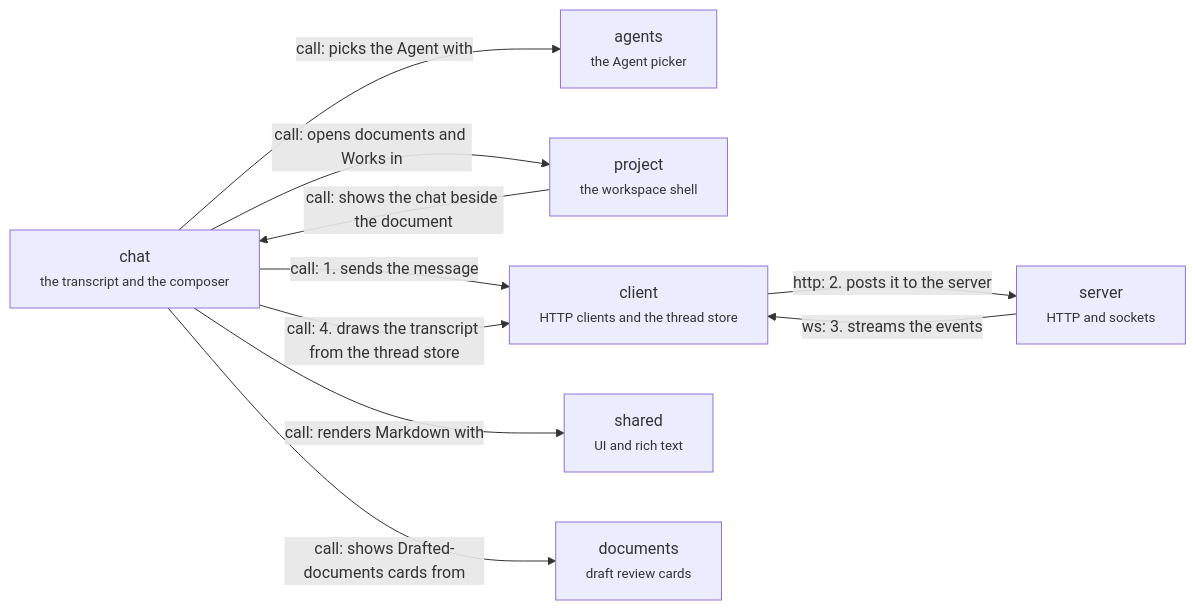
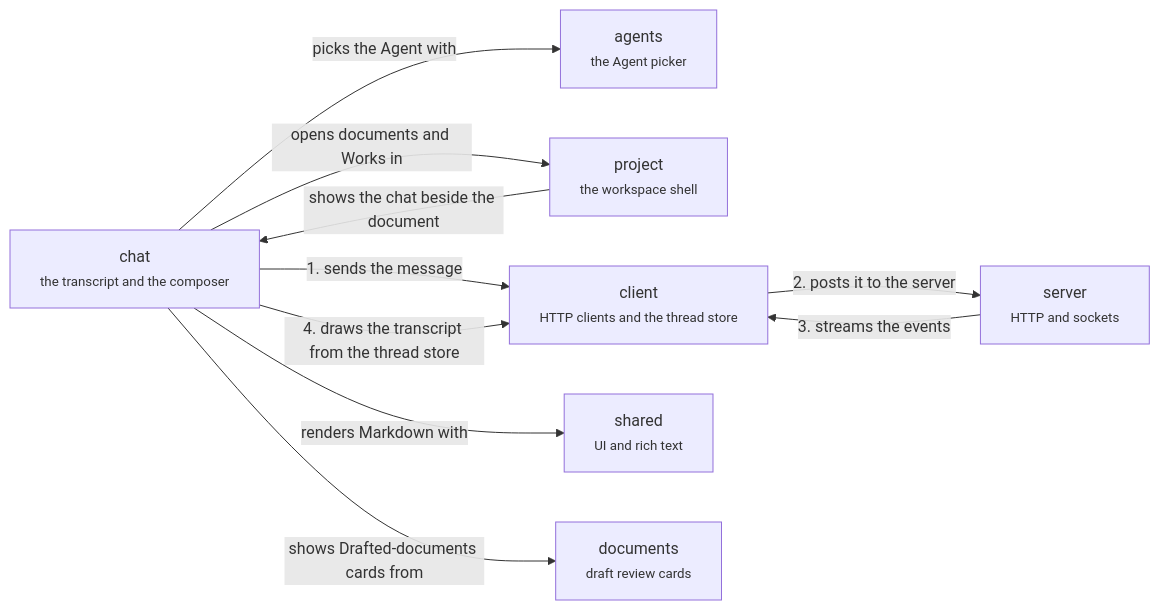
Before and after one commit to haowjy/meridian-flow: the diagram in .context/system-architecture/app-conversation.md, drawn with Mermaid. The commit also changed 13 other files, not shown here.

````diff
--- a/.context/system-architecture/app-conversation.md
+++ b/.context/system-architecture/app-conversation.md
@@ -5,19 +5,19 @@
 ```mermaid
 flowchart LR
   chat["chat<br/><small>the transcript and the composer</small>"]:::feature
   agents["agents<br/><small>the Agent picker</small>"]:::feature
   project["project<br/><small>the workspace shell</small>"]:::context
   client["client<br/><small>HTTP clients and the thread store</small>"]:::context
   shared["shared<br/><small>UI and rich text</small>"]:::context
   documents["documents<br/><small>draft review cards</small>"]:::context
   server["server<br/><small>HTTP and sockets</small>"]:::context
-  chat -->|"call: 1. sends the message"| client
-  client -->|"http: 2. posts it to the server"| server
-  server -->|"ws: 3. streams the events"| client
-  chat -->|"call: 4. draws the transcript from the thread store"| client
-  chat -->|"call: picks the Agent with"| agents
-  project -->|"call: shows the chat beside the document"| chat
-  chat -->|"call: renders Markdown with"| shared
-  chat -->|"call: shows Drafted-documents cards from"| documents
-  chat -->|"call: opens documents and Works in"| project
+  chat -->|"1. sends the message"| client
+  client -->|"2. posts it to the server"| server
+  server -->|"3. streams the events"| client
+  chat -->|"4. draws the transcript from the thread store"| client
+  chat -->|"picks the Agent with"| agents
+  project -->|"shows the chat beside the document"| chat
+  chat -->|"renders Markdown with"| shared
+  chat -->|"shows Drafted-documents cards from"| documents
+  chat -->|"opens documents and Works in"| project
 ```
````
